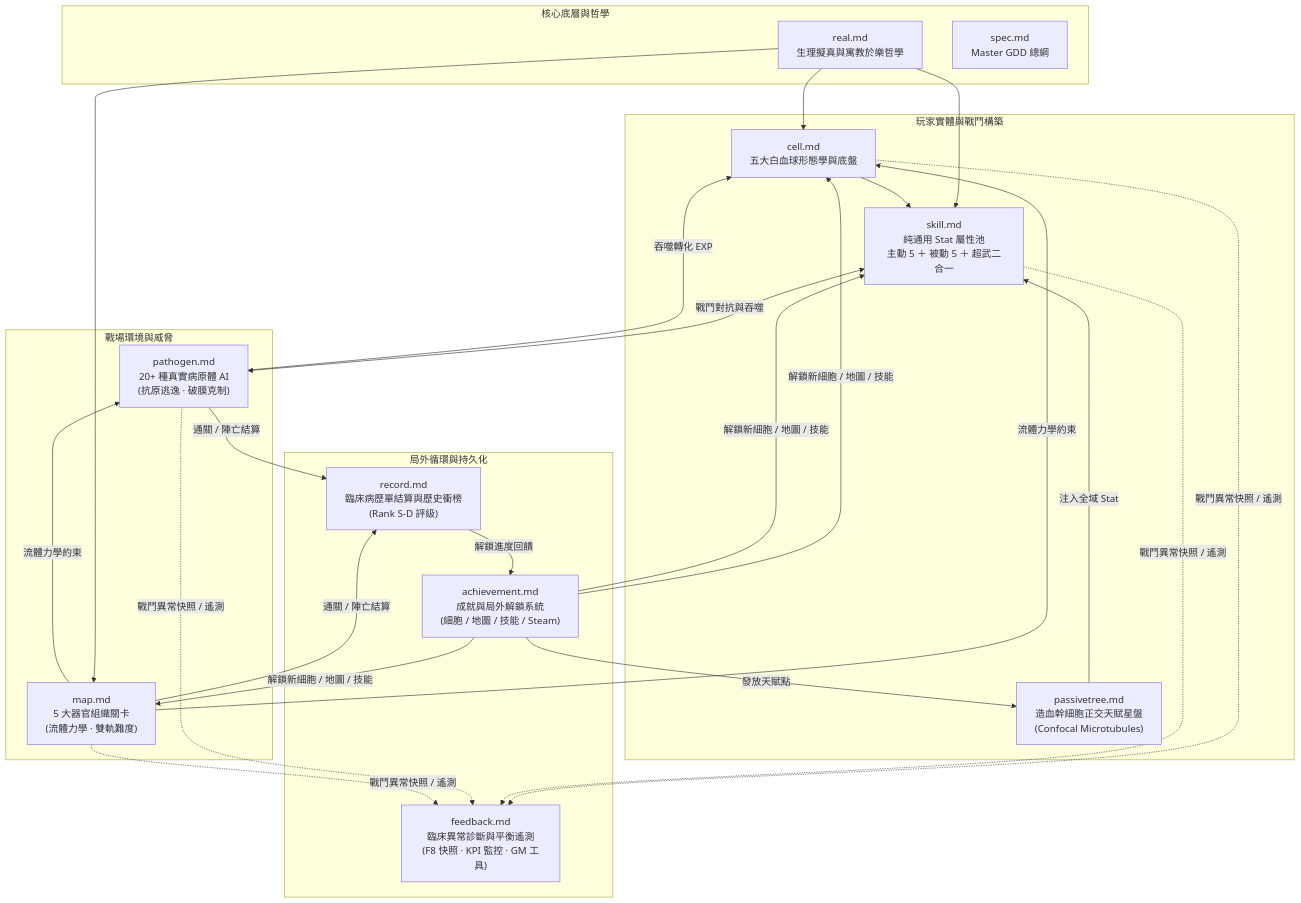
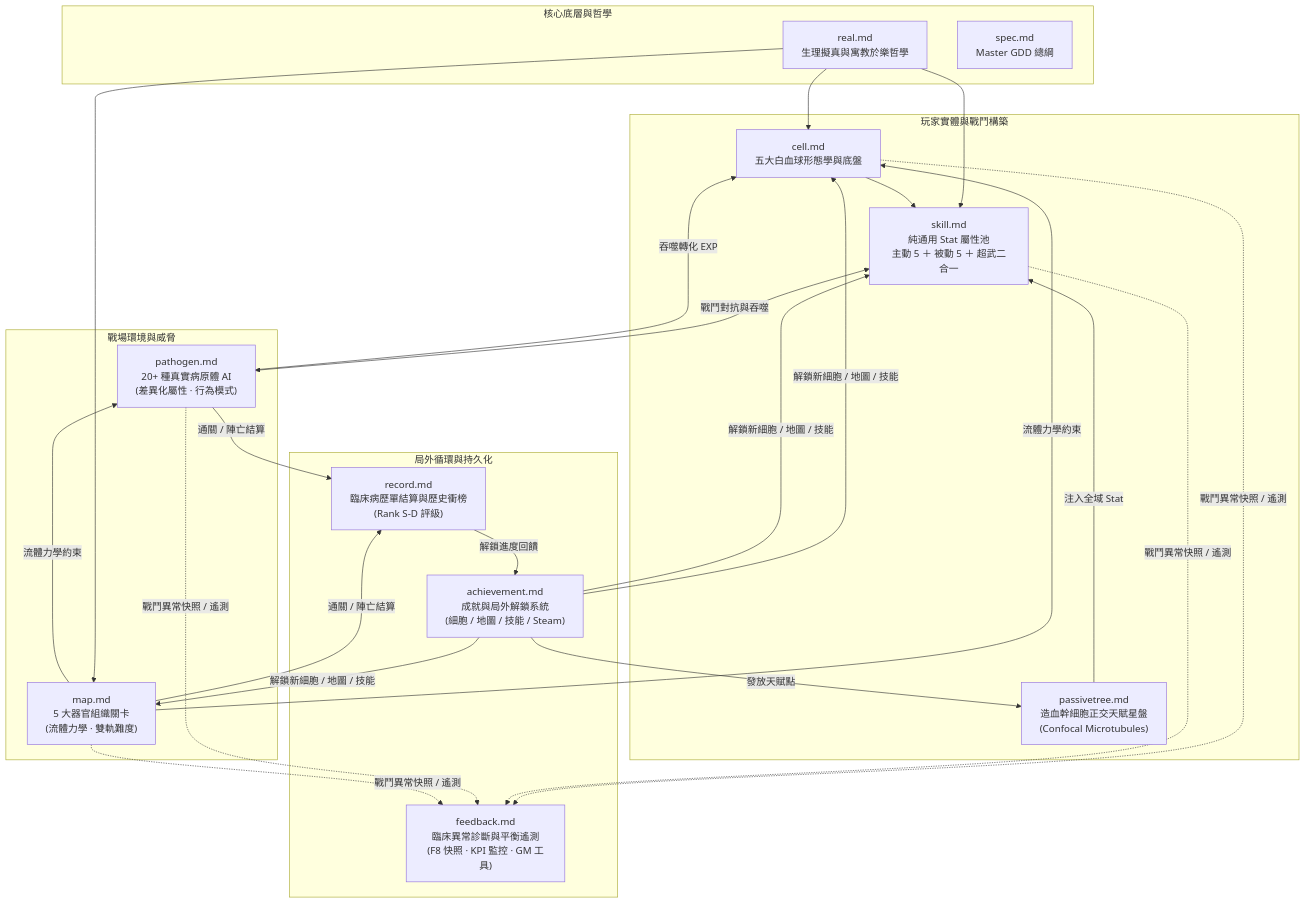
Before and after one commit to skyrocket-qy/Phagocyte: the diagram in docs/README.md, drawn with Mermaid. The commit also changed other lines of this file and 2 other files, not shown here.

````diff
--- a/docs/README.md
+++ b/docs/README.md
@@ -32,36 +32,36 @@
 ```mermaid
 graph TD
     subgraph CorePillars [核心底層與哲學]
         PHIL["real.md<br>生理擬真與寓教於樂哲學"]
         SPEC["spec.md<br>Master GDD 總綱"]
     end
 
     subgraph PlayerSystems [玩家實體與戰鬥構築]
         CELL["cell.md<br>五大白血球形態學與底盤"]
         SKILL["skill.md<br>純通用 Stat 屬性池<br>主動 5 ＋ 被動 5 ＋ 超武二合一"]
         TREE["passivetree.md<br>造血幹細胞正交天賦星盤<br>(Confocal Microtubules)"]
     end
 
     subgraph WorldSystems [戰場環境與威脅]
         MAP["map.md<br>5 大器官組織關卡<br>(流體力學 · 雙軌難度)"]
-        PATH["pathogen.md<br>20+ 種真實病原體 AI<br>(抗原逃逸 · 破膜克制)"]
+        PATH["pathogen.md<br>20+ 種真實病原體 AI<br>(差異化屬性 · 行為模式)"]
     end
 
     subgraph MetaSystems [局外循環與持久化]
         ACH["achievement.md<br>成就與局外解鎖系統<br>(細胞 / 地圖 / 技能 / Steam)"]
         REC["record.md<br>臨床病歷單結算與歷史衝榜<br>(Rank S-D 評級)"]
         DIAG["feedback.md<br>臨床異常診斷與平衡遙測<br>(F8 快照 · KPI 監控 · GM 工具)"]
     end
 
     PHIL --> CELL & SKILL & MAP
     CELL --> SKILL
     TREE -->|注入全域 Stat| SKILL
     SKILL <-->|戰鬥對抗與吞噬| PATH
     MAP -->|流體力學約束| CELL & PATH
     PATH -->|吞噬轉化 EXP| CELL
     PATH & MAP -->|通關 / 陣亡結算| REC
     REC -->|解鎖進度回饋| ACH
     ACH -->|發放天賦點| TREE
     ACH -->|解鎖新細胞 / 地圖 / 技能| CELL & MAP & SKILL
     CELL & SKILL & PATH & MAP -.->|戰鬥異常快照 / 遙測| DIAG
 ```
````
